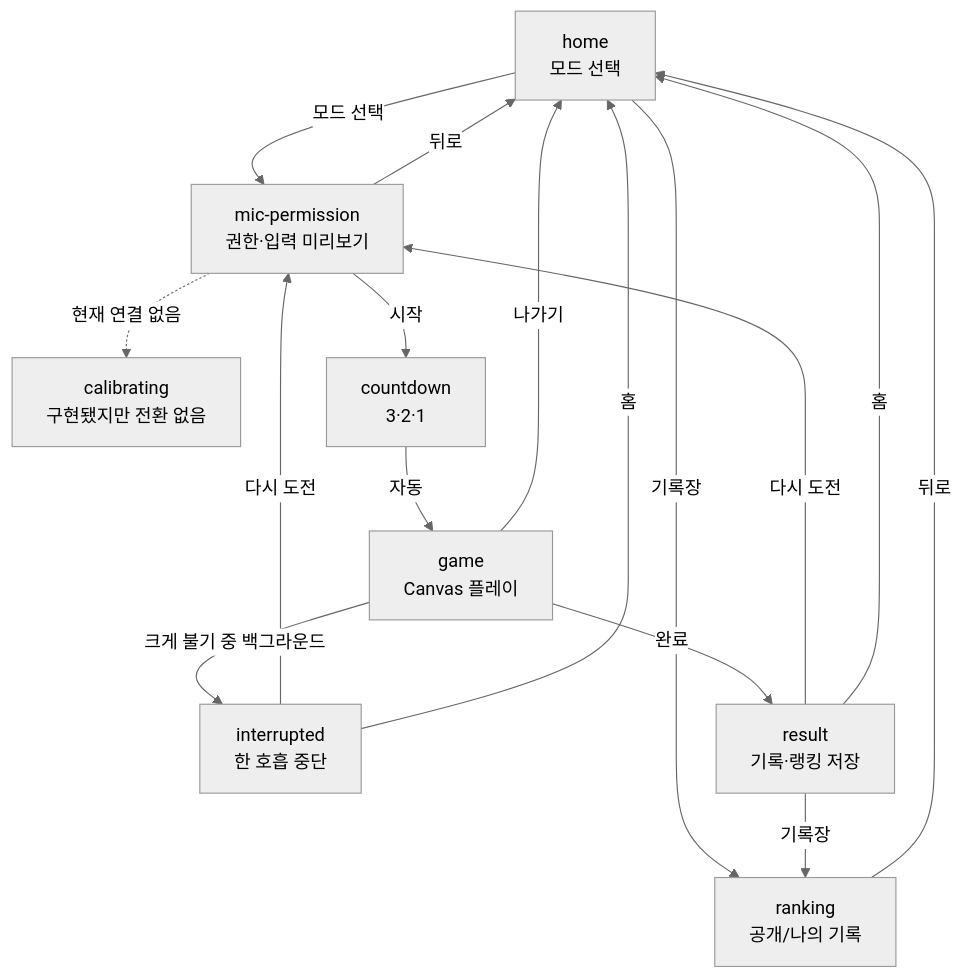
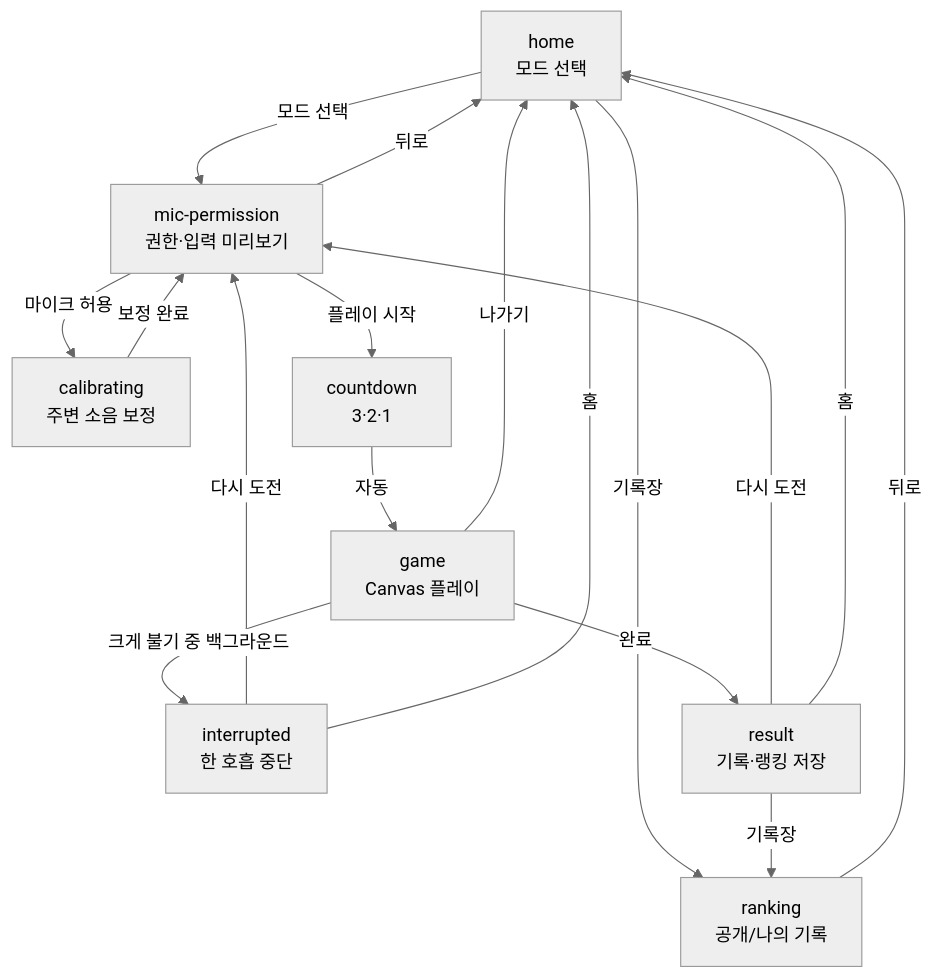
Before and after one commit to toss-aug-hackathon/blow-balloon: the first of 3 diagrams in docs/information-architecture.md, drawn with Mermaid (neutral theme). The commit also changed other lines of this file and 38 other files, not shown here.

````diff
--- a/docs/information-architecture.md
+++ b/docs/information-architecture.md
@@ -34,27 +34,28 @@
 ```mermaid
 flowchart TD
   Home["home<br/>모드 선택"]
   Permission["mic-permission<br/>권한·입력 미리보기"]
-  Calibration["calibrating<br/>구현됐지만 전환 없음"]
+  Calibration["calibrating<br/>주변 소음 보정"]
   Countdown["countdown<br/>3·2·1"]
   Game["game<br/>Canvas 플레이"]
   Interrupted["interrupted<br/>한 호흡 중단"]
   Result["result<br/>기록·랭킹 저장"]
   Ranking["ranking<br/>공개/나의 기록"]
 
   Home -->|모드 선택| Permission
   Home -->|기록장| Ranking
-  Permission -->|시작| Countdown
+  Permission -->|마이크 허용| Calibration
+  Calibration -->|보정 완료| Permission
+  Permission -->|플레이 시작| Countdown
   Permission -->|뒤로| Home
   Countdown -->|자동| Game
   Game -->|완료| Result
   Game -->|크게 불기 중 백그라운드| Interrupted
   Game -->|나가기| Home
   Interrupted -->|다시 도전| Permission
   Interrupted -->|홈| Home
   Result -->|다시 도전| Permission
   Result -->|기록장| Ranking
   Result -->|홈| Home
   Ranking -->|뒤로| Home
-  Permission -.->|현재 연결 없음| Calibration
 ```
````
